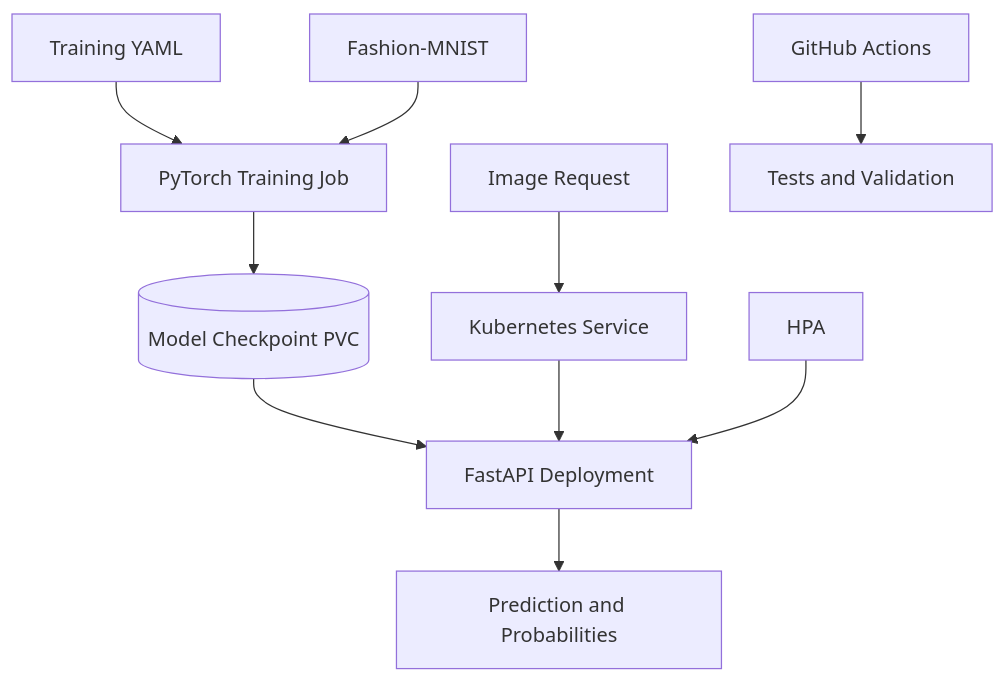
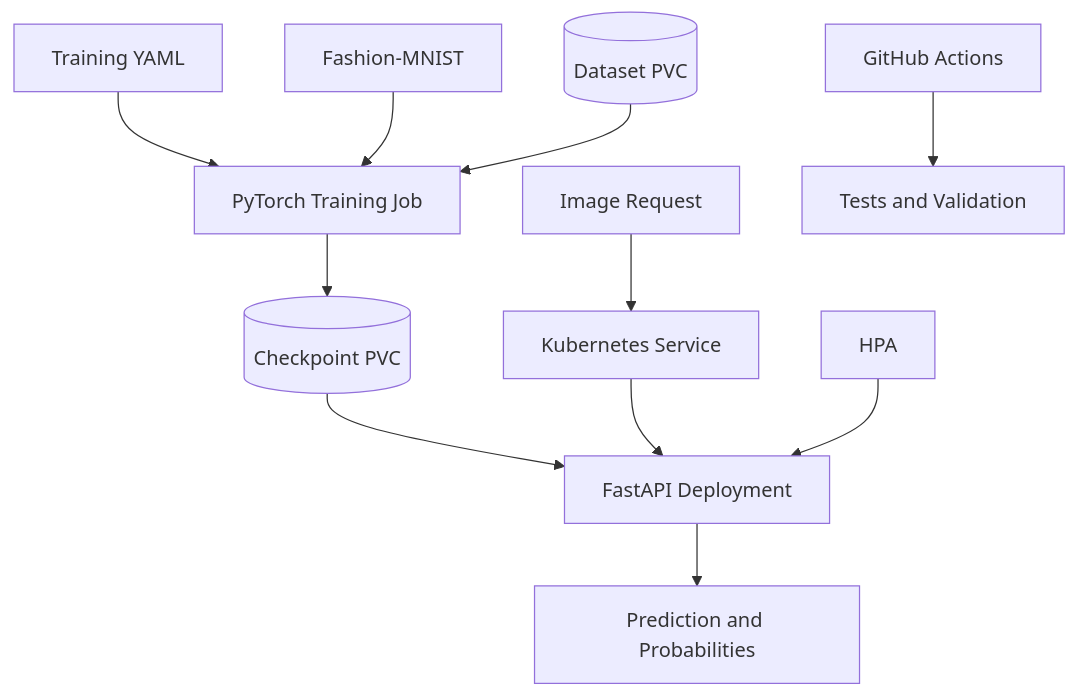
Before and after one commit to belherohan-iitmda25m555/mlops-pytorch-pipeline: the diagram in README.md, drawn with Mermaid. The commit also changed other lines of this file and 8 other files, not shown here.

````diff
--- a/README.md
+++ b/README.md
@@ -7,12 +7,13 @@
 ```mermaid
 flowchart TD
     A[Training YAML] --> B[PyTorch Training Job]
     C[Fashion-MNIST] --> B
-    B --> D[(Model Checkpoint PVC)]
-    D --> E[FastAPI Deployment]
-    F[Image Request] --> G[Kubernetes Service]
-    G --> E
-    E --> H[Prediction and Probabilities]
-    I[HPA] --> E
-    J[GitHub Actions] --> K[Tests and Validation]
+    B --> D[(Checkpoint PVC)]
+    E[(Dataset PVC)] --> B
+    D --> F[FastAPI Deployment]
+    G[Image Request] --> H[Kubernetes Service]
+    H --> F
+    F --> I[Prediction and Probabilities]
+    J[HPA] --> F
+    K[GitHub Actions] --> L[Tests and Validation]
 ```
````
